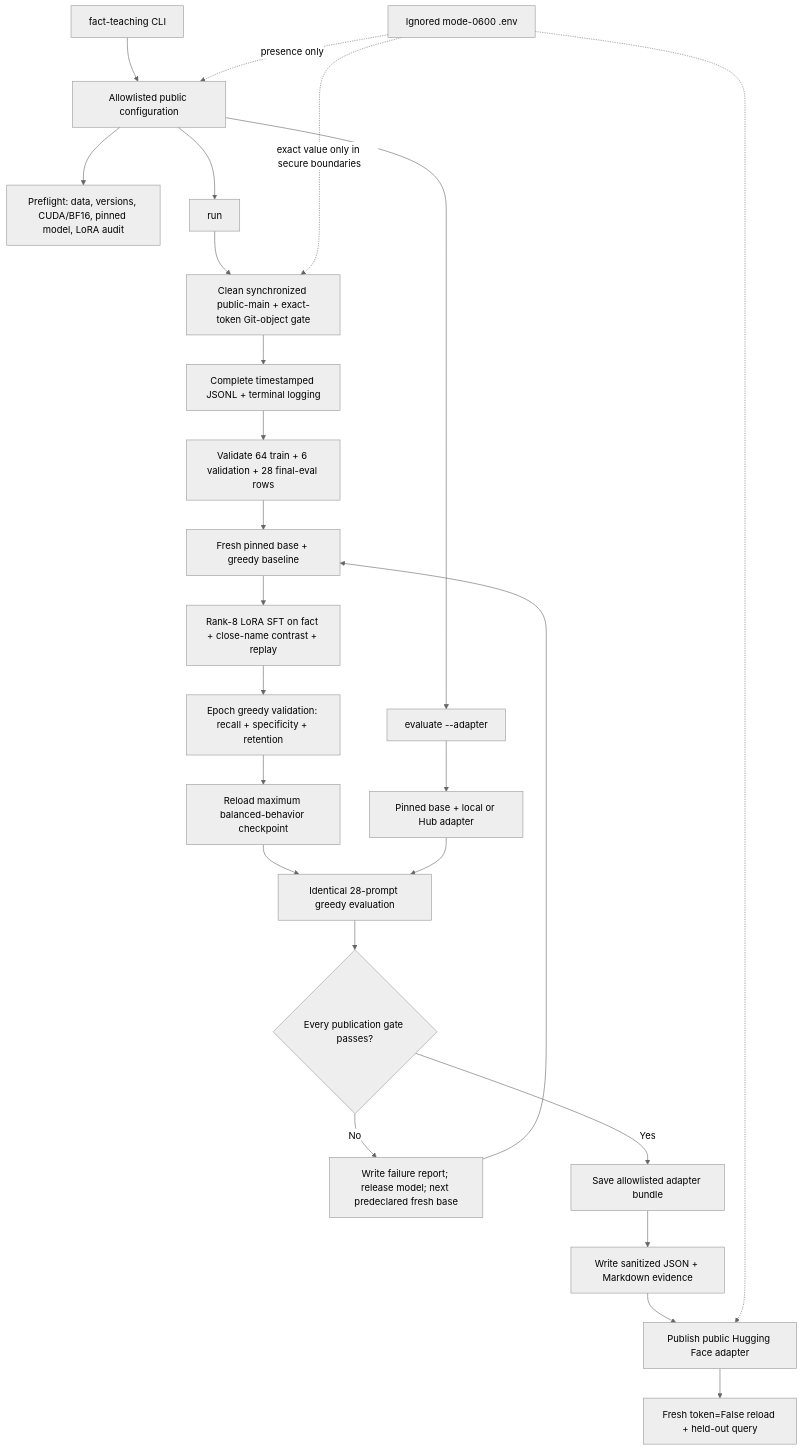
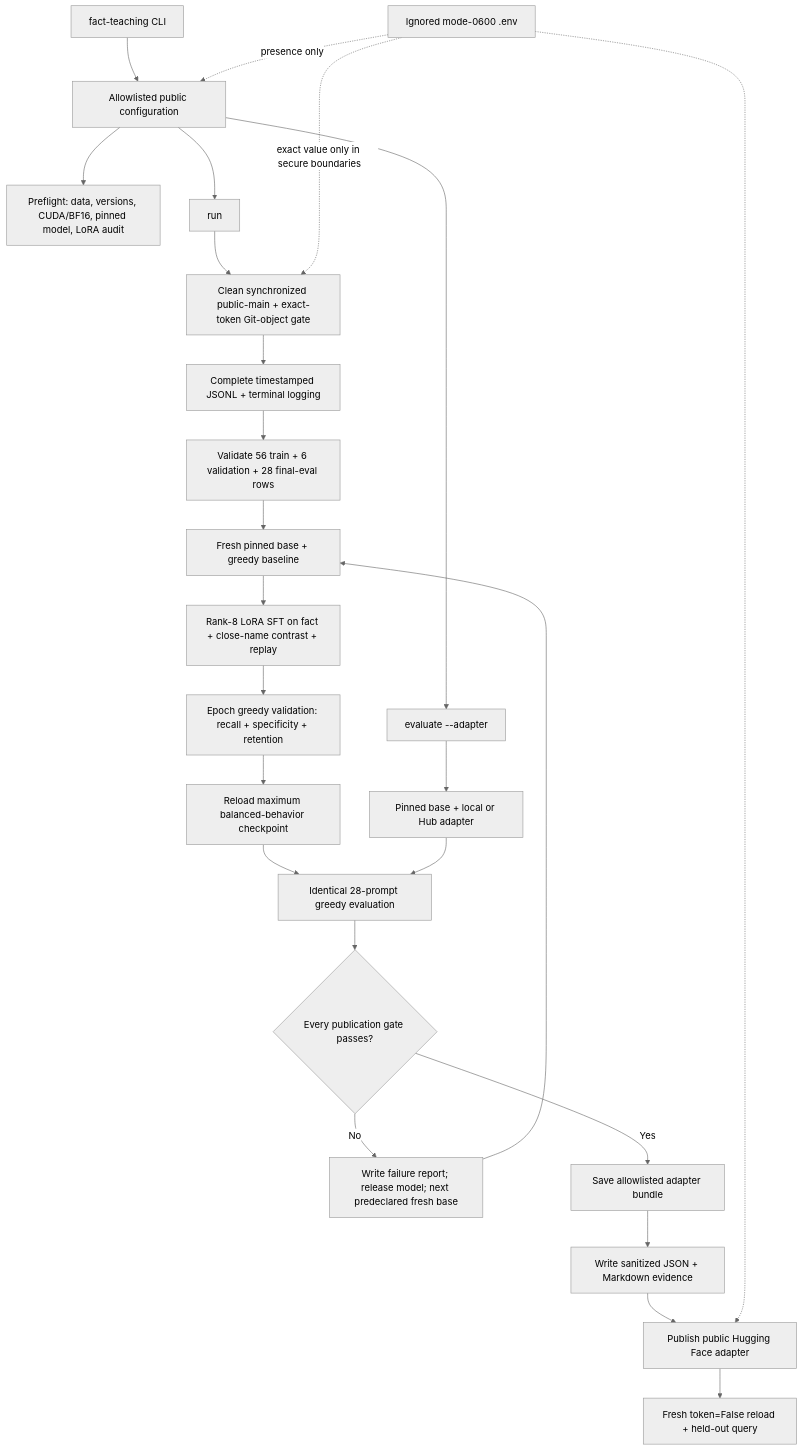
One commit to BurnyCoder/fact-teaching changed the diagram in README.md. Above: the diagram before and after it, drawn with Mermaid (neutral theme). The commit also changed other lines of this file and 7 other files, not shown here.

````diff
--- a/README.md
+++ b/README.md
@@ -24,27 +24,27 @@
 ```mermaid
 flowchart TD
     CLI["fact-teaching CLI"] --> CFG["Allowlisted public configuration"]
     CFG --> PREFLIGHT["Preflight: data, versions, CUDA/BF16, pinned model, LoRA audit"]
     CFG --> RUN["run"]
     RUN --> GATE["Clean synchronized public-main + exact-token Git-object gate"]
     GATE --> LOG["Complete timestamped JSONL + terminal logging"]
-    LOG --> DATA["Validate 64 train + 6 validation + 28 final-eval rows"]
+    LOG --> DATA["Validate 56 train + 6 validation + 28 final-eval rows"]
     DATA --> BASE["Fresh pinned base + greedy baseline"]
     BASE --> TRAIN["Rank-8 LoRA SFT on fact + close-name contrast + replay"]
     TRAIN --> VAL["Epoch greedy validation: recall + specificity + retention"]
     VAL --> BEST["Reload maximum balanced-behavior checkpoint"]
     BEST --> TUNED["Identical 28-prompt greedy evaluation"]
     TUNED --> ACCEPT{"Every publication gate passes?"}
     ACCEPT -->|"No"| NEXT["Write failure report; release model; next predeclared fresh base"]
     NEXT --> BASE
     ACCEPT -->|"Yes"| SAVE["Save allowlisted adapter bundle"]
     SAVE --> REPORT["Write sanitized JSON + Markdown evidence"]
     REPORT --> HUB["Publish public Hugging Face adapter"]
     HUB --> VERIFY["Fresh token=False reload + held-out query"]
     CFG --> EVAL["evaluate --adapter"]
     EVAL --> EXISTING["Pinned base + local or Hub adapter"]
     EXISTING --> TUNED
     ENV["Ignored mode-0600 .env"] -. "presence only" .-> CFG
     ENV -. "exact value only in secure boundaries" .-> GATE
     ENV -.-> HUB
 ```
````
